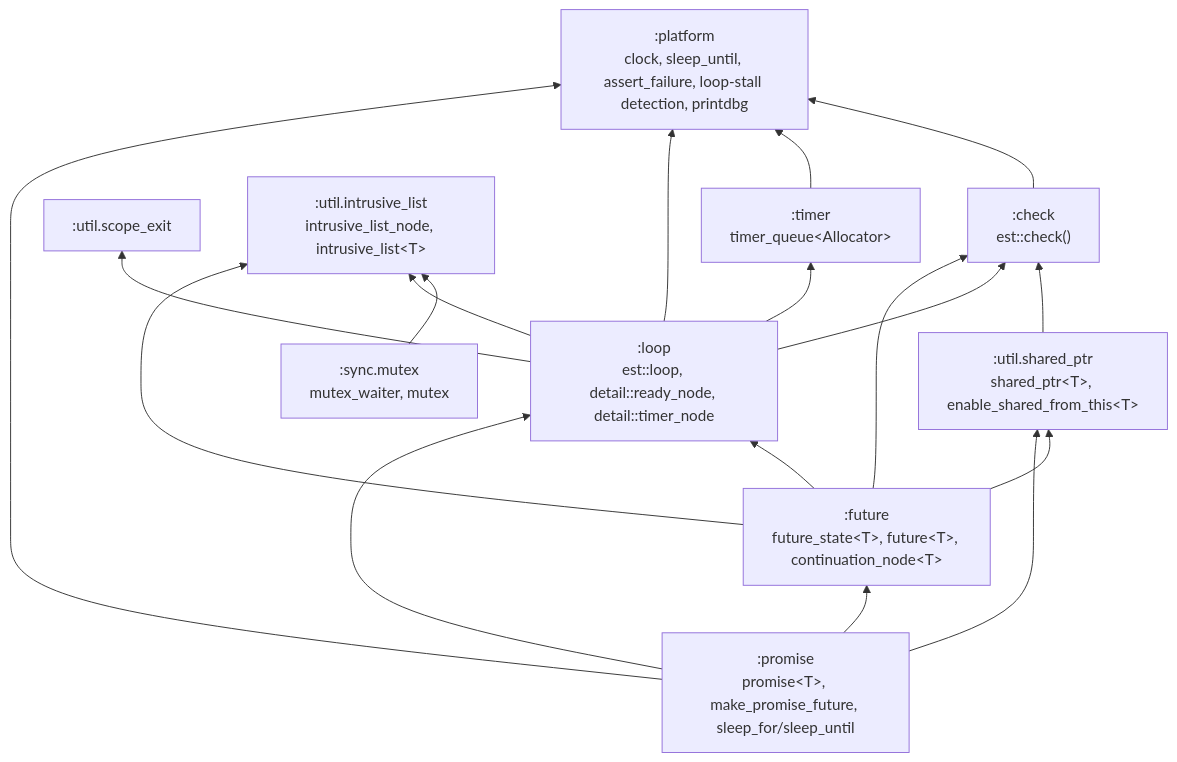
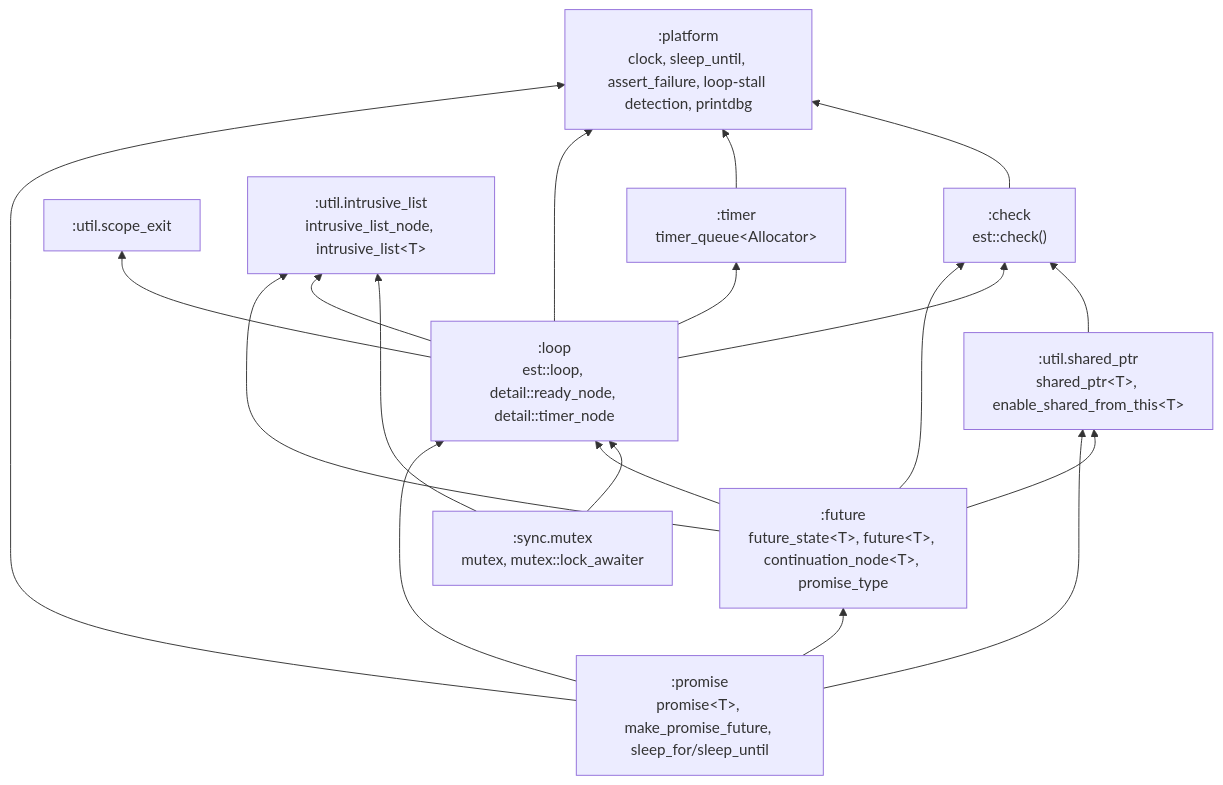
The diagram in docs/wiki/Architecture.md (andijcr/async_experiments), drawn with Mermaid before and after one commit. The commit also changed other lines of this file and 8 other files, not shown here.

````diff
--- a/docs/wiki/Architecture.md
+++ b/docs/wiki/Architecture.md
@@ -10,31 +10,32 @@
 ```mermaid
 graph BT
   platform[":platform<br/>clock, sleep_until, assert_failure, loop-stall detection, printdbg"]
   check[":check<br/>est::check()"]
   scope_exit[":util.scope_exit"]
   shared_ptr[":util.shared_ptr<br/>shared_ptr&lt;T&gt;, enable_shared_from_this&lt;T&gt;"]
   intrusive_list[":util.intrusive_list<br/>intrusive_list_node, intrusive_list&lt;T&gt;"]
-  mutex[":sync.mutex<br/>mutex_waiter, mutex"]
+  mutex[":sync.mutex<br/>mutex, mutex::lock_awaiter"]
   timer[":timer<br/>timer_queue&lt;Allocator&gt;"]
   loop[":loop<br/>est::loop, detail::ready_node, detail::timer_node"]
-  future[":future<br/>future_state&lt;T&gt;, future&lt;T&gt;, continuation_node&lt;T&gt;"]
+  future[":future<br/>future_state&lt;T&gt;, future&lt;T&gt;, continuation_node&lt;T&gt;, promise_type"]
   promise[":promise<br/>promise&lt;T&gt;, make_promise_future, sleep_for/sleep_until"]
 
   check --> platform
   shared_ptr --> check
   mutex --> intrusive_list
+  mutex --> loop
   timer --> platform
   loop --> check
   loop --> platform
   loop --> intrusive_list
   loop --> timer
   loop --> scope_exit
   future --> check
   future --> loop
   future --> intrusive_list
   future --> shared_ptr
   promise --> future
   promise --> loop
   promise --> platform
   promise --> shared_ptr
 ```
````
